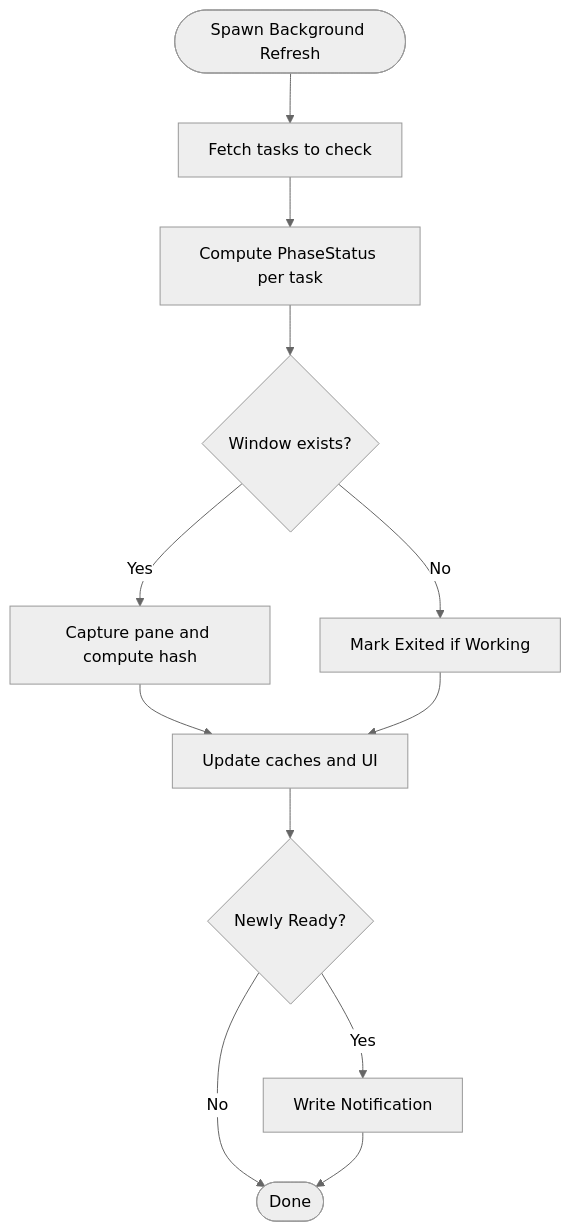
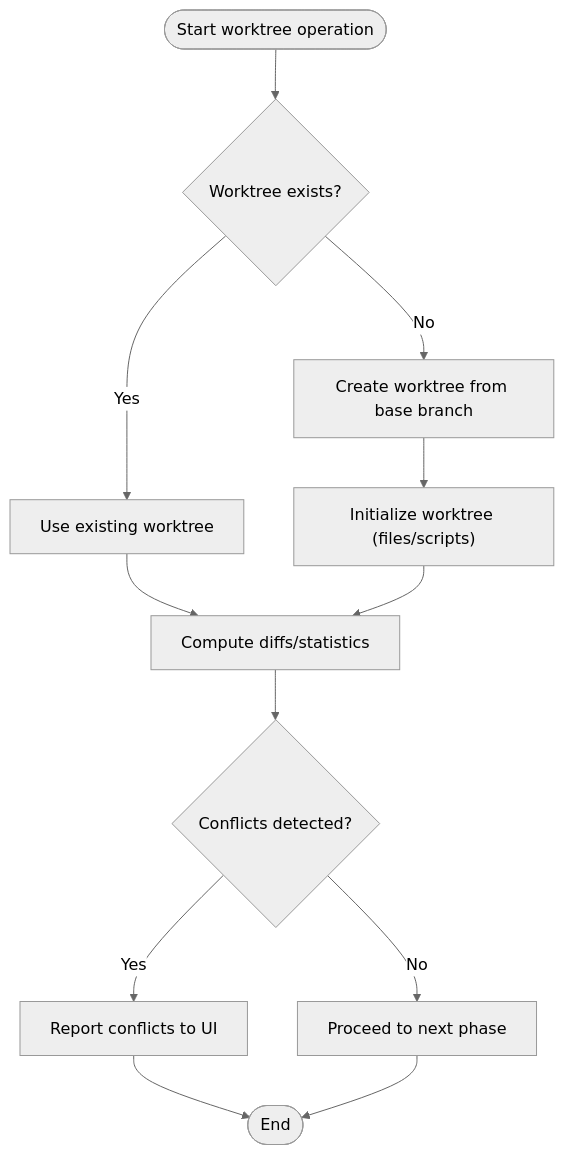
Before and after one commit to bramburn/agtx: the fourth of 8 diagrams in .qoder/repowiki/en/content/Advanced Features/Performance Optimization.md, drawn with Mermaid (neutral theme). The commit also changed other lines of this file and 140 other files, not shown here.

````diff
--- a/.qoder/repowiki/en/content/Advanced Features/Performance Optimization.md
+++ b/.qoder/repowiki/en/content/Advanced Features/Performance Optimization.md
@@ -135,14 +155,14 @@
 ```mermaid
 flowchart TD
-Start(["Spawn Background Refresh"]) --> Fetch["Fetch tasks to check"]
-Fetch --> Compute["Compute PhaseStatus per task"]
-Compute --> Capture{"Window exists?"}
-Capture --> |No| MarkExited["Mark Exited if Working"]
-Capture --> |Yes| Hash["Capture pane and compute hash"]
-Hash --> Status["Update caches and UI"]
-MarkExited --> Status
-Status --> Notify{"Newly Ready?"}
-Notify --> |Yes| WriteNotif["Write Notification"]
-Notify --> |No| End(["Done"])
-WriteNotif --> End
+Start(["Start worktree operation"]) --> Exists{"Worktree exists?"}
+Exists --> |No| Create["Create worktree from base branch"]
+Exists --> |Yes| Use["Use existing worktree"]
+Create --> Init["Initialize worktree (files/scripts)"]
+Use --> Diff["Compute diffs/statistics"]
+Init --> Diff
+Diff --> Conflict{"Conflicts detected?"}
+Conflict --> |Yes| Report["Report conflicts to UI"]
+Conflict --> |No| Proceed["Proceed to next phase"]
+Report --> End(["End"])
+Proceed --> End
 ```
````
